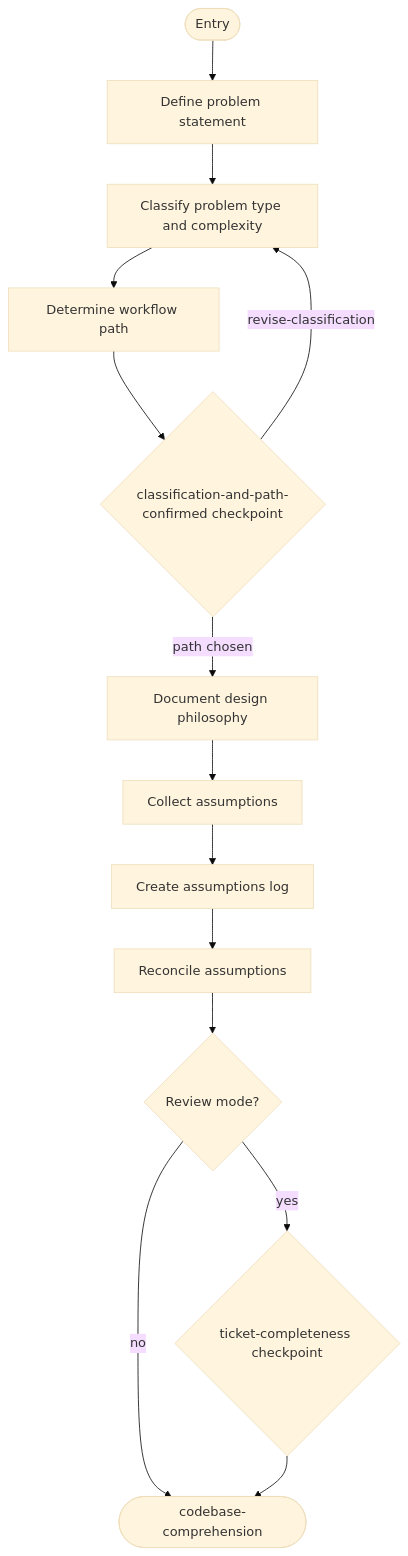
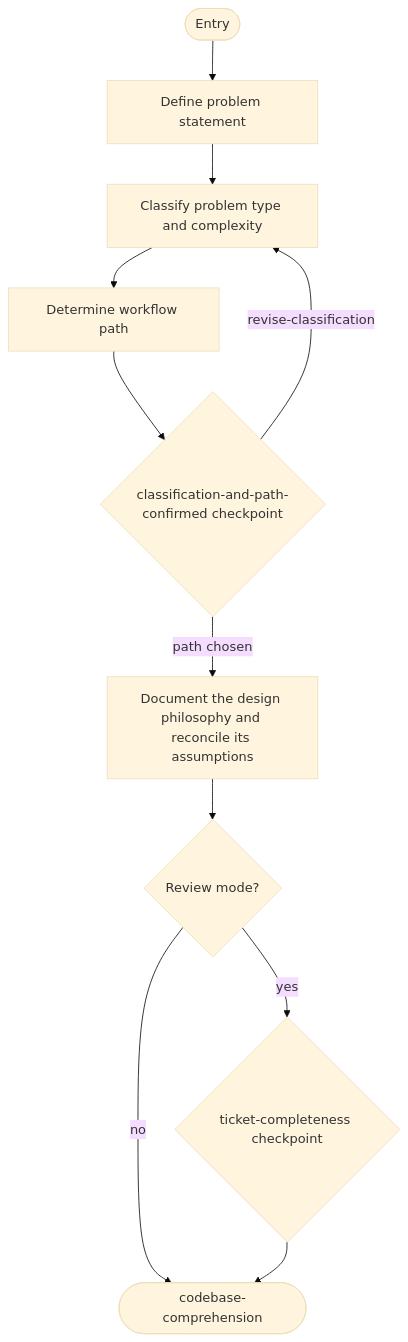
Before and after one commit to m2ux/workflow-server: the second of 15 diagrams in work-package/activities/README.md, drawn with Mermaid (base theme). The commit also changed other lines of this file, not shown here.

First line of the commit message:
docs(work-package): group each activity diagram's straight runs into one block

````diff
--- a/work-package/activities/README.md
+++ b/work-package/activities/README.md
@@ -64,16 +64,13 @@
 ```mermaid
 graph TD
     entryNode(["Entry"]) --> defineProblem["Define problem statement"]
     defineProblem --> classifyProblem["Classify problem type and complexity"]
     classifyProblem --> determinePath["Determine workflow path"]
     determinePath --> cpClassPath{"classification-and-path-confirmed checkpoint"}
     cpClassPath -->|"revise-classification"| classifyProblem
-    cpClassPath -->|"path chosen"| docPhilosophy["Document design philosophy"]
-    docPhilosophy --> collectAssumptions["Collect assumptions"]
-    collectAssumptions --> createLog["Create assumptions log"]
-    createLog --> reconcile["Reconcile assumptions"]
-    reconcile --> reviewMode{"Review mode?"}
+    cpClassPath -->|"path chosen"| docPhilosophy["Document the design philosophy and reconcile its assumptions"]
+    docPhilosophy --> reviewMode{"Review mode?"}
     reviewMode -->|"yes"| ticketCompleteness{"ticket-completeness checkpoint"}
     reviewMode -->|"no"| exitComprehension(["codebase-comprehension"])
     ticketCompleteness --> exitComprehension
 ```
````
